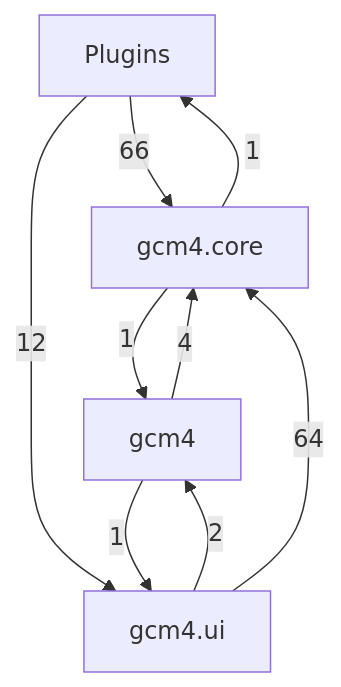
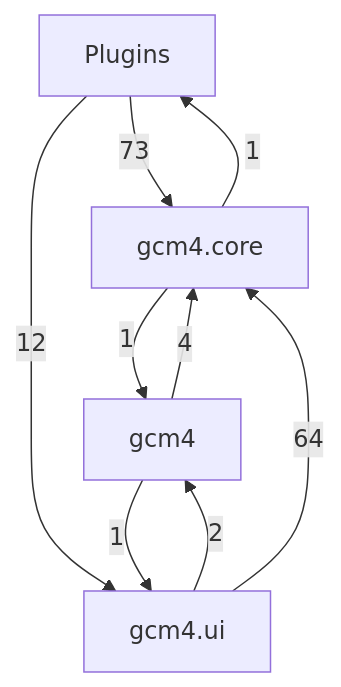
One commit to Mathilde-Team/Gcm4 changed the first of 5 diagrams in docs/class-diagram.md. Above: the diagram before and after it, drawn with Mermaid. The commit also changed other lines of this file and 43 other files, not shown here.

````diff
--- a/docs/class-diagram.md
+++ b/docs/class-diagram.md
@@ -21,15 +21,15 @@
 ```mermaid
 flowchart TD
     g0["Plugins"]
     g1["gcm4"]
     g2["gcm4.core"]
     g3["gcm4.ui"]
-    g0 -->|66| g2
+    g0 -->|73| g2
     g0 -->|12| g3
     g1 -->|4| g2
     g1 -->|1| g3
     g2 -->|1| g0
     g2 -->|1| g1
     g3 -->|2| g1
     g3 -->|64| g2
 ```
````
